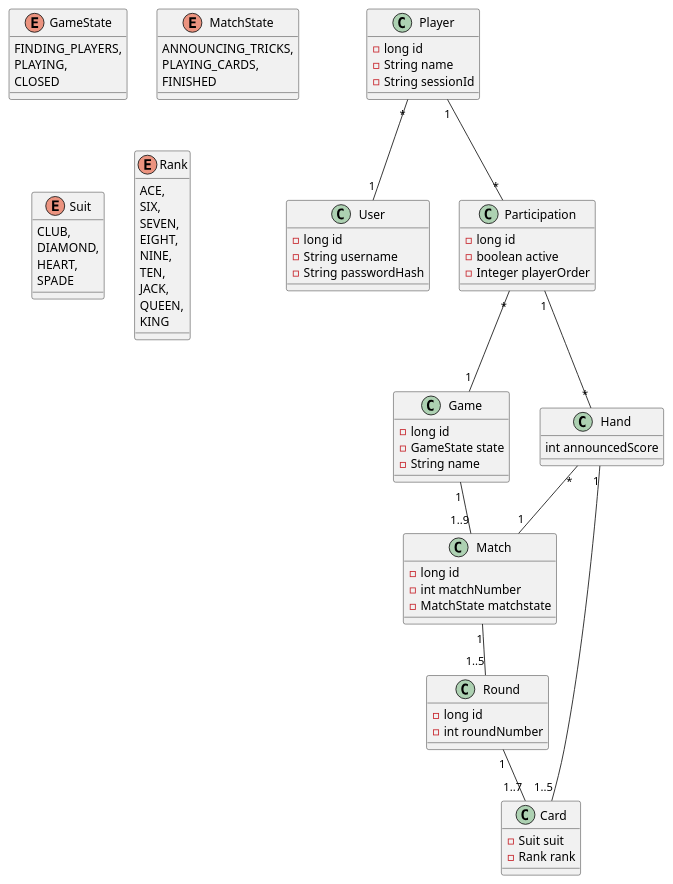
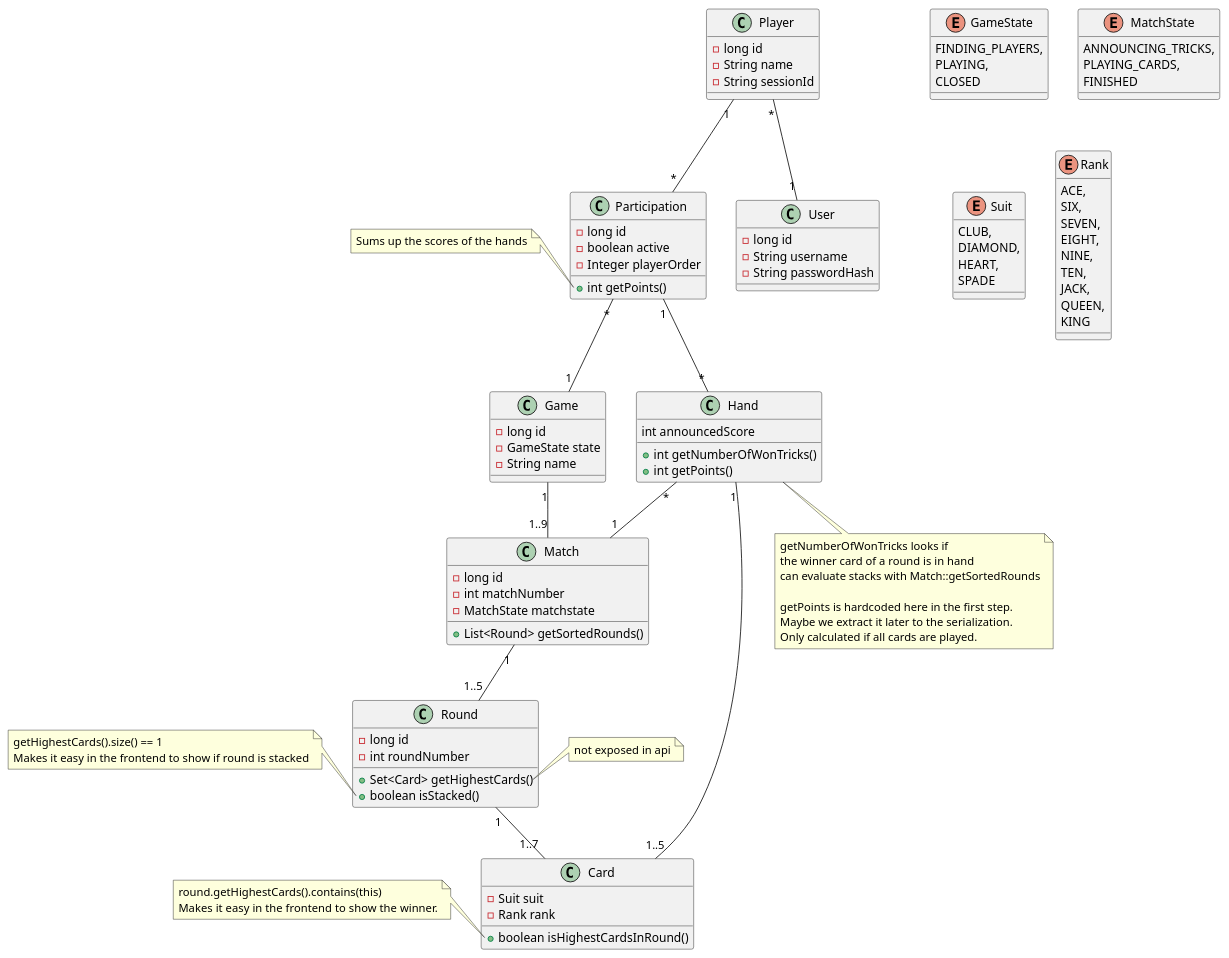
The diagram in doc/m2/uml/class_diagram.puml (sopra-fs22-group-36/screw-your-neighbor-server), drawn with PlantUML before and after one commit.

Commit message:
class_diagram.puml: add methods which are needed to calculate score
Issue: #7
Issue: #61
Issue: #68
Issue: #131

```diff
--- a/doc/m2/uml/class_diagram.puml
+++ b/doc/m2/uml/class_diagram.puml
@@ -1,94 +1,133 @@
 @startuml
 class Player {
     - long id
     - String name
     - String sessionId
 }
 
 class User {
     - long id
     - String username
     - String passwordHash
 }
 
 enum GameState {
     FINDING_PLAYERS,
     PLAYING,
     CLOSED
 }
 
 class Game {
     - long id
     - GameState state
     - String name
 }
 
 class Participation {
     - long id
     - boolean active
     - Integer playerOrder
+
+    + int getPoints()
 }
+
+note left of Participation::getPoints
+    Sums up the scores of the hands
+endnote
 
 class Match {
     - long id
     - int matchNumber
     - MatchState matchstate
+
+    + List<Round> getSortedRounds()
 }
 
 enum MatchState {
     ANNOUNCING_TRICKS,
     PLAYING_CARDS,
     FINISHED
 }
 
 class Hand {
     int announcedScore
+
+    + int getNumberOfWonTricks()
+    + int getPoints()
 }
 
+note bottom of Hand
+    getNumberOfWonTricks looks if
+    the winner card of a round is in hand
+    can evaluate stacks with Match::getSortedRounds
+
+    getPoints is hardcoded here in the first step.
+    Maybe we extract it later to the serialization.
+    Only calculated if all cards are played.
+endnote
 
 class Round {
     - long id
     - int roundNumber
+
+    + Set<Card> getHighestCards()
+    + boolean isStacked()
 }
+
+note right of Round::getHighestCards
+    not exposed in api
+endnote
+
+note left of Round::isStacked
+    getHighestCards().size() == 1
+    Makes it easy in the frontend to show if round is stacked
+endnote
 
 class Card {
     - Suit suit
     - Rank rank
+
+    + boolean isHighestCardsInRound()
 }
+
+note left of Card::isHighestCardsInRound
+    round.getHighestCards().contains(this)
+    Makes it easy in the frontend to show the winner.
+endnote
 
 enum Suit {
     CLUB,
     DIAMOND,
     HEART,
     SPADE
 }
 
 enum Rank {
   ACE,
   SIX,
   SEVEN,
   EIGHT,
   NINE,
   TEN,
   JACK,
   QUEEN,
   KING
 }
 
 Player "*" -- "1" User
 Player "1" -- "*" Participation
 
 Participation "*" -- "1" Game
 Participation "1" -- "*" Hand
 
 Hand "*" -- "1" Match
 Hand "1" -- "1..5" Card
 
 Game "1" -- "1..9" Match
 
 Match "1" -- "1..5" Round
 
 Round "1" -- "1..7" Card
 
 
 @enduml
```
